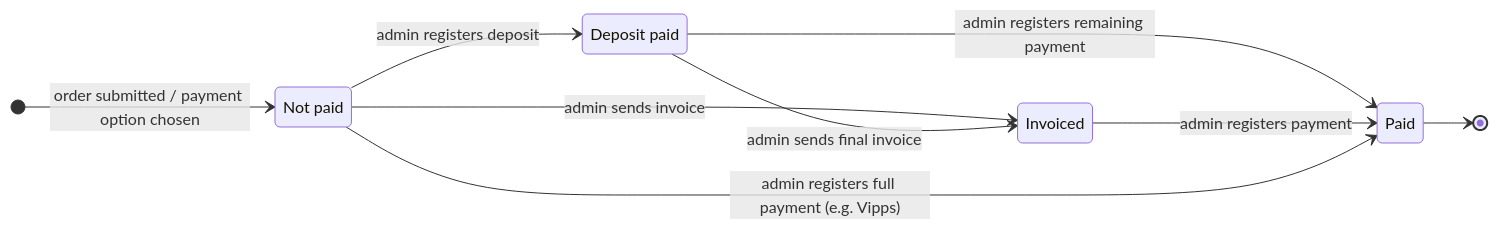
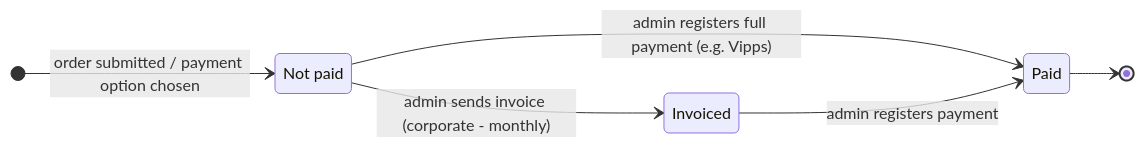
The second of 2 diagrams in docs/diagrams/state_order.md (vooid/VassEkteMat4u), drawn with Mermaid before and after one commit. The commit also changed other lines of this file and 3 other files, not shown here.

First line of the commit message:
Update state diagrams to the 27 Oct decisions

````diff
--- a/docs/diagrams/state_order.md
+++ b/docs/diagrams/state_order.md
@@ -53,16 +61,11 @@
 ```mermaid
 stateDiagram-v2
     direction LR
     state "Not paid" as NotPaid
-    state "Deposit paid" as DepositPaid
 
     [*] --> NotPaid : order submitted / payment option chosen
-    NotPaid --> DepositPaid : admin registers deposit
-    NotPaid --> Invoiced : admin sends invoice
-    DepositPaid --> Invoiced : admin sends final invoice
-    DepositPaid --> Paid : admin registers remaining payment
+    NotPaid --> Invoiced : admin sends invoice (corporate - monthly)
+    NotPaid --> Paid : admin registers full payment (e.g. Vipps)
     Invoiced --> Paid : admin registers payment
-    NotPaid --> Paid : admin registers full payment (e.g. Vipps)
     Paid --> [*]
-
 ```
````
